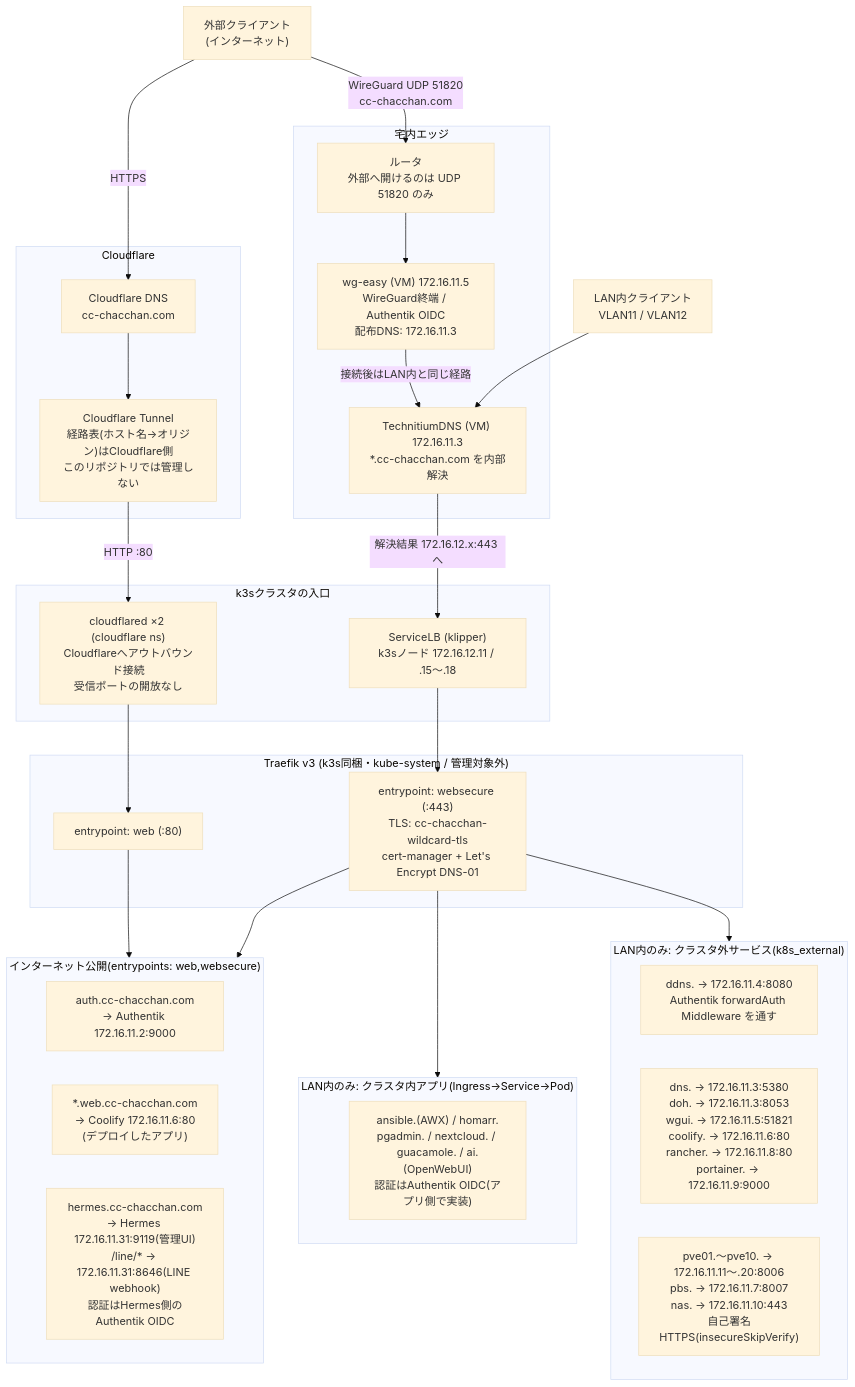
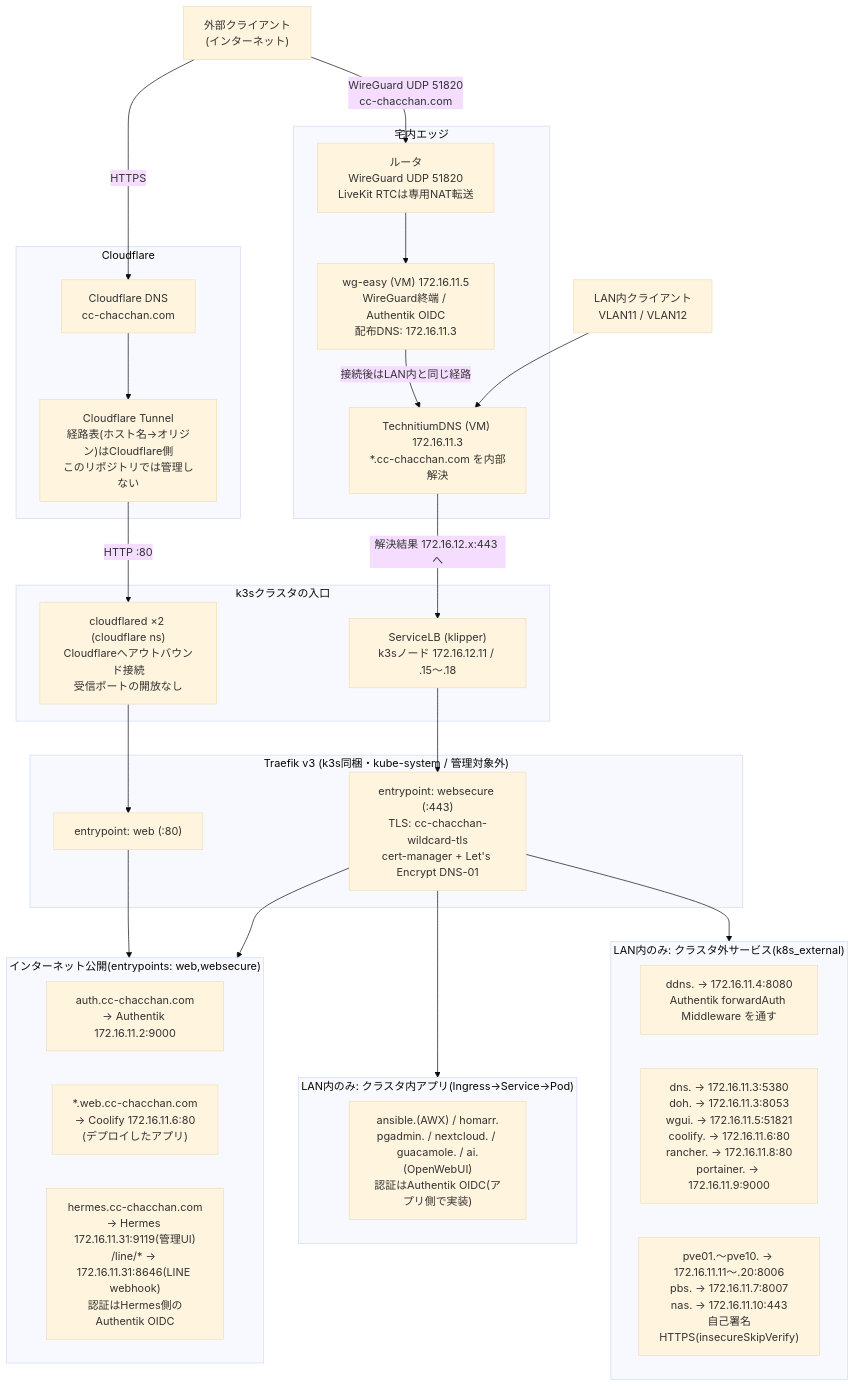
The second of 2 diagrams in infrastructure.md (CHACCHAN/infrastructure), drawn with Mermaid (base theme) before and after one commit. The commit also changed other lines of this file and 18 other files, not shown here.

First line of the commit message:
LiveKit ServerのVM構築に関する設定とプレイブックを追加

````diff
--- a/infrastructure.md
+++ b/infrastructure.md
@@ -105,55 +106,55 @@
 ```mermaid
 flowchart TB
   C_EXT["外部クライアント<br>(インターネット)"]
   C_LAN["LAN内クライアント<br>VLAN11 / VLAN12"]
 
   subgraph cloudflare["Cloudflare"]
     CF_DNS["Cloudflare DNS<br>cc-chacchan.com"]
     CF_TUNNEL["Cloudflare Tunnel<br>経路表(ホスト名→オリジン)はCloudflare側<br>このリポジトリでは管理しない"]
   end
 
   subgraph edge["宅内エッジ"]
-    ROUTER["ルータ<br>外部へ開けるのは UDP 51820 のみ"]
+    ROUTER["ルータ<br>WireGuard UDP 51820<br>LiveKit RTCは専用NAT転送"]
     WG["wg-easy (VM) 172.16.11.5<br>WireGuard終端 / Authentik OIDC<br>配布DNS: 172.16.11.3"]
     DNS["TechnitiumDNS (VM) 172.16.11.3<br>*.cc-chacchan.com を内部解決"]
   end
 
   subgraph entry["k3sクラスタの入口"]
     CFD["cloudflared ×2 (cloudflare ns)<br>Cloudflareへアウトバウンド接続<br>受信ポートの開放なし"]
     SLB["ServiceLB (klipper)<br>k3sノード 172.16.12.11 / .15〜.18"]
   end
 
   subgraph traefik["Traefik v3 (k3s同梱・kube-system / 管理対象外)"]
     EP_WEB["entrypoint: web (:80)"]
     EP_SEC["entrypoint: websecure (:443)<br>TLS: cc-chacchan-wildcard-tls<br>cert-manager + Let's Encrypt DNS-01"]
   end
 
   subgraph pub["インターネット公開(entrypoints: web,websecure)"]
     H_AUTH["auth.cc-chacchan.com<br>→ Authentik 172.16.11.2:9000"]
     H_WEB["*.web.cc-chacchan.com<br>→ Coolify 172.16.11.6:80<br>(デプロイしたアプリ)"]
     H_HERMES["hermes.cc-chacchan.com<br>→ Hermes 172.16.11.31:9119(管理UI)<br>/line/* → 172.16.11.31:8646(LINE webhook)<br>認証はHermes側のAuthentik OIDC"]
   end
 
   subgraph lan_app["LAN内のみ: クラスタ内アプリ(Ingress→Service→Pod)"]
     A_APPS["ansible.(AWX) / homarr.<br>pgadmin. / nextcloud. / guacamole. / ai.(OpenWebUI)<br>認証はAuthentik OIDC(アプリ側で実装)"]
   end
 
   subgraph lan_ext["LAN内のみ: クラスタ外サービス(k8s_external)"]
     E_FWD["ddns. → 172.16.11.4:8080<br>Authentik forwardAuth Middleware を通す"]
     E_NET["dns. → 172.16.11.3:5380<br>doh. → 172.16.11.3:8053<br>wgui. → 172.16.11.5:51821<br>coolify. → 172.16.11.6:80<br>rancher. → 172.16.11.8:80<br>portainer. → 172.16.11.9:9000"]
     E_INFRA["pve01.〜pve10. → 172.16.11.11〜.20:8006<br>pbs. → 172.16.11.7:8007<br>nas. → 172.16.11.10:443<br>自己署名HTTPS(insecureSkipVerify)"]
   end
 
   C_EXT -->|"HTTPS"| CF_DNS
   C_EXT -->|"WireGuard UDP 51820<br>cc-chacchan.com"| ROUTER
   CF_DNS --> CF_TUNNEL
   CF_TUNNEL -->|"HTTP :80"| CFD
   CFD --> EP_WEB
   ROUTER --> WG
   WG -->|"接続後はLAN内と同じ経路"| DNS
   C_LAN --> DNS
   DNS -->|"解決結果 172.16.12.x:443 へ"| SLB
   SLB --> EP_SEC
   EP_WEB --> pub
   EP_SEC --> pub & lan_app & lan_ext
 ```
````
